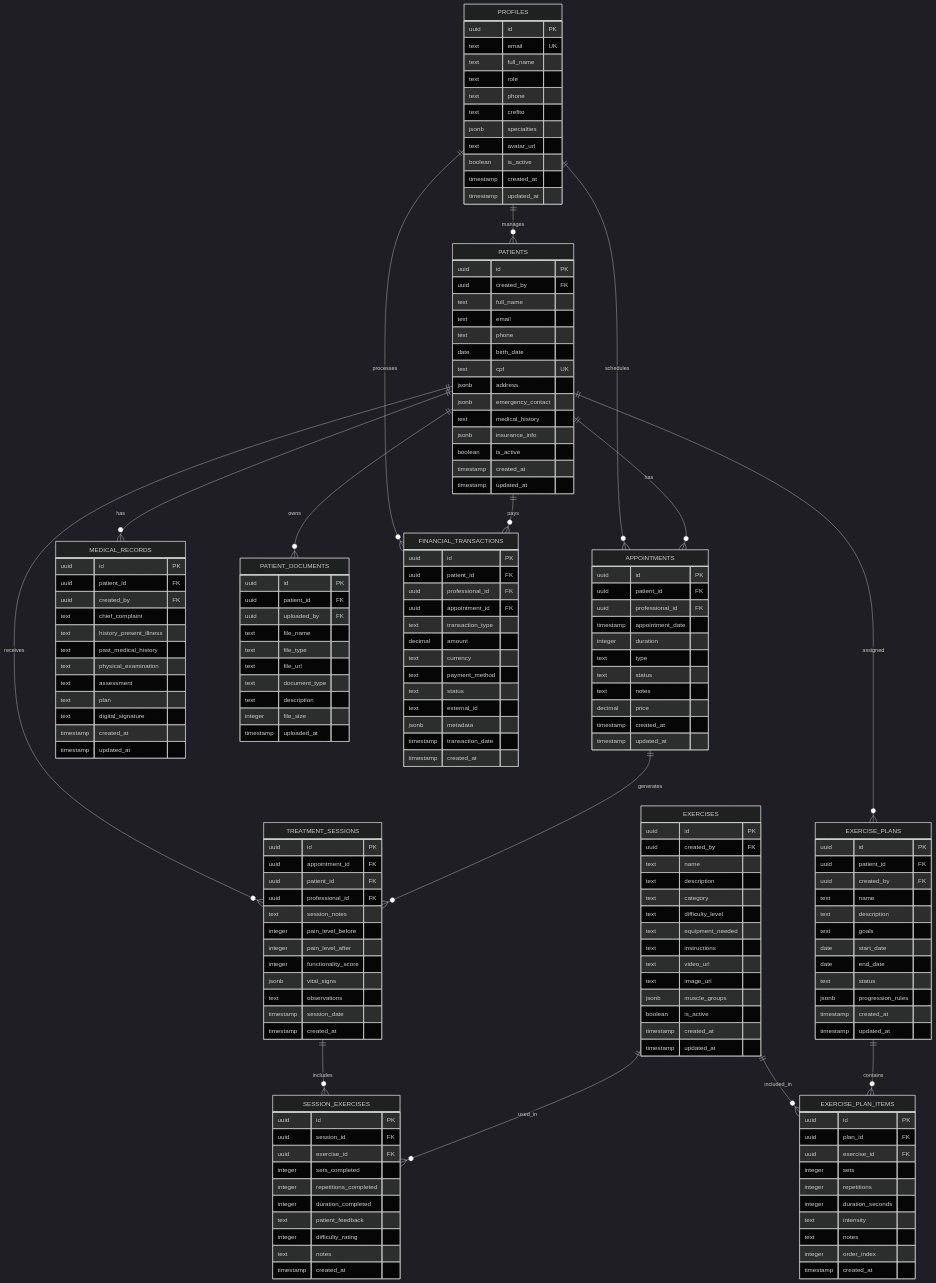
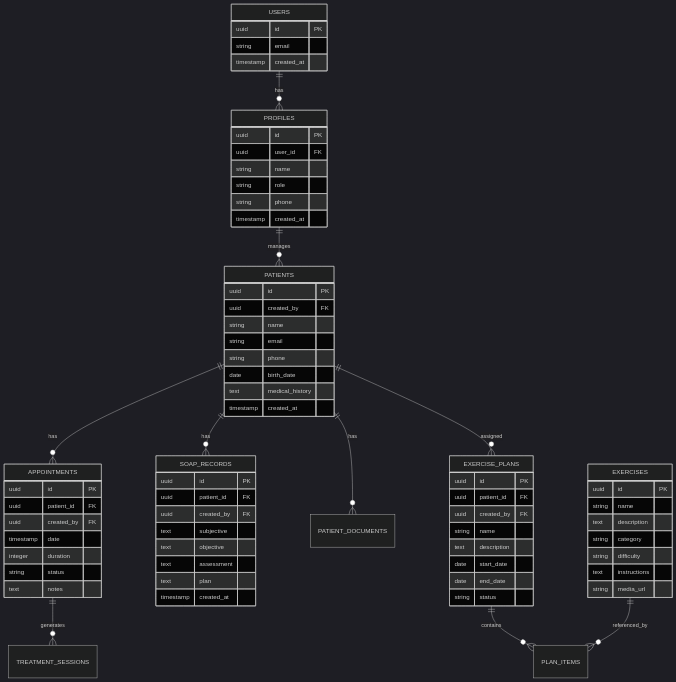
Before and after one commit to rafaelminatto1/fisioflow-51658291: the second of 2 diagrams in .trae/documents/FisioFlow_Arquitetura_Tecnica.md, drawn with Mermaid (dark theme). The commit also changed other lines of this file and 66 other files, not shown here.

````diff
--- a/.trae/documents/FisioFlow_Arquitetura_Tecnica.md
+++ b/.trae/documents/FisioFlow_Arquitetura_Tecnica.md
@@ -310,179 +81,80 @@
 ```mermaid
 erDiagram
+    USERS ||--o{ PROFILES : has
     PROFILES ||--o{ PATIENTS : manages
-    PROFILES ||--o{ APPOINTMENTS : schedules
     PATIENTS ||--o{ APPOINTMENTS : has
-    PATIENTS ||--o{ MEDICAL_RECORDS : has
-    PATIENTS ||--o{ TREATMENT_SESSIONS : receives
+    PATIENTS ||--o{ SOAP_RECORDS : has
+    PATIENTS ||--o{ PATIENT_DOCUMENTS : has
     PATIENTS ||--o{ EXERCISE_PLANS : assigned
-    PATIENTS ||--o{ PATIENT_DOCUMENTS : owns
+    EXERCISE_PLANS ||--o{ PLAN_ITEMS : contains
+    EXERCISES ||--o{ PLAN_ITEMS : referenced_by
     APPOINTMENTS ||--o{ TREATMENT_SESSIONS : generates
-    TREATMENT_SESSIONS ||--o{ SESSION_EXERCISES : includes
-    EXERCISES ||--o{ SESSION_EXERCISES : used_in
-    EXERCISES ||--o{ EXERCISE_PLAN_ITEMS : included_in
-    EXERCISE_PLANS ||--o{ EXERCISE_PLAN_ITEMS : contains
-    PROFILES ||--o{ FINANCIAL_TRANSACTIONS : processes
-    PATIENTS ||--o{ FINANCIAL_TRANSACTIONS : pays
+    
+    USERS {
+        uuid id PK
+        string email
+        timestamp created_at
+    }
     
     PROFILES {
         uuid id PK
-        text email UK
-        text full_name
-        text role
-        text phone
-        text crefito
-        jsonb specialties
-        text avatar_url
-        boolean is_active
+        uuid user_id FK
+        string name
+        string role
+        string phone
         timestamp created_at
-        timestamp updated_at
     }
     
     PATIENTS {
         uuid id PK
         uuid created_by FK
-        text full_name
-        text email
-        text phone
+        string name
+        string email
+        string phone
         date birth_date
-        text cpf UK
-        jsonb address
-        jsonb emergency_contact
         text medical_history
-        jsonb insurance_info
-        boolean is_active
         timestamp created_at
-        timestamp updated_at
     }
     
     APPOINTMENTS {
         uuid id PK
         uuid patient_id FK
-        uuid professional_id FK
-        timestamp appointment_date
+        uuid created_by FK
+        timestamp date
         integer duration
-        text type
-        text status
+        string status
         text notes
-        decimal price
-        timestamp created_at
-        timestamp updated_at
     }
     
-    MEDICAL_RECORDS {
+    SOAP_RECORDS {
         uuid id PK
         uuid patient_id FK
         uuid created_by FK
-        text chief_complaint
-        text history_present_illness
-        text past_medical_history
-        text physical_examination
+        text subjective
+        text objective
         text assessment
         text plan
-        text digital_signature
-        timestamp created_at
-        timestamp updated_at
-    }
-    
-    TREATMENT_SESSIONS {
-        uuid id PK
-        uuid appointment_id FK
-        uuid patient_id FK
-        uuid professional_id FK
-        text session_notes
-        integer pain_level_before
-        integer pain_level_after
-        integer functionality_score
-        jsonb vital_signs
-        text observations
-        timestamp session_date
         timestamp created_at
     }
     
     EXERCISES {
         uuid id PK
-        uuid created_by FK
-        text name
+        string name
         text description
-        text category
-        text difficulty_level
-        text equipment_needed
+        string category
+        string difficulty
         text instructions
-        text video_url
-        text image_url
-        jsonb muscle_groups
-        boolean is_active
-        timestamp created_at
-        timestamp updated_at
+        string media_url
     }
     
     EXERCISE_PLANS {
         uuid id PK
         uuid patient_id FK
         uuid created_by FK
-        text name
+        string name
         text description
-        text goals
         date start_date
         date end_date
-        text status
-        jsonb progression_rules
-        timestamp created_at
-        timestamp updated_at
-    }
-    
-    EXERCISE_PLAN_ITEMS {
-        uuid id PK
-        uuid plan_id FK
-        uuid exercise_id FK
-        integer sets
-        integer repetitions
-        integer duration_seconds
-        text intensity
-        text notes
-        integer order_index
-        timestamp created_at
-    }
-    
-    SESSION_EXERCISES {
-        uuid id PK
-        uuid session_id FK
-        uuid exercise_id FK
-        integer sets_completed
-        integer repetitions_completed
-        integer duration_completed
-        text patient_feedback
-        integer difficulty_rating
-        text notes
-        timestamp created_at
-    }
-    
-    FINANCIAL_TRANSACTIONS {
-        uuid id PK
-        uuid patient_id FK
-        uuid professional_id FK
-        uuid appointment_id FK
-        text transaction_type
-        decimal amount
-        text currency
-        text payment_method
-        text status
-        text external_id
-        jsonb metadata
-        timestamp transaction_date
-        timestamp created_at
-    }
-    
-    PATIENT_DOCUMENTS {
-        uuid id PK
-        uuid patient_id FK
-        uuid uploaded_by FK
-        text file_name
-        text file_type
-        text file_url
-        text document_type
-        text description
-        integer file_size
-        timestamp uploaded_at
+        string status
     }
 ```
````
